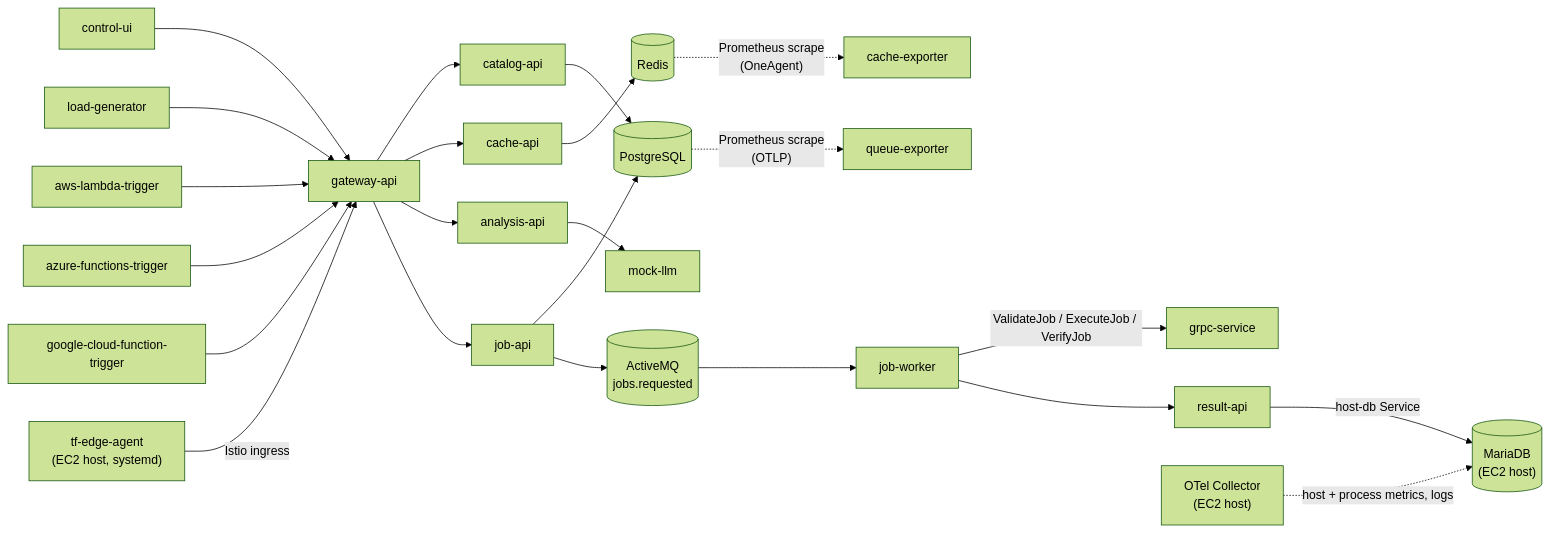
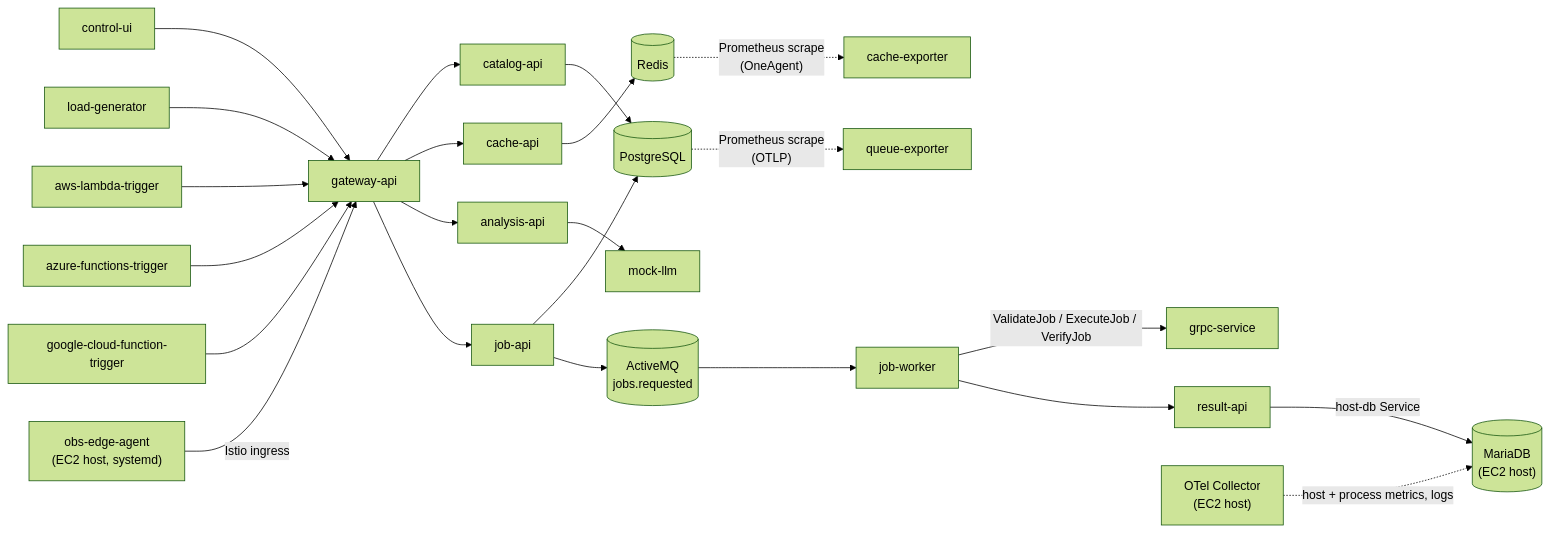
One commit to tristanmarl/obs-demo changed the diagram in docs/architecture.md. Above: the diagram before and after it, drawn with Mermaid (forest theme). The commit also changed other lines of this file and 66 other files, not shown here.

````diff
--- a/docs/architecture.md
+++ b/docs/architecture.md
@@ -5,29 +5,29 @@
 ```mermaid
 flowchart LR
   control["control-ui"] --> gateway["gateway-api"]
   load["load-generator"] --> gateway
   aws["aws-lambda-trigger"] --> gateway
   azure["azure-functions-trigger"] --> gateway
   google["google-cloud-function-trigger"] --> gateway
 
   gateway --> catalog["catalog-api"]
   catalog --> postgres[("PostgreSQL")]
   gateway --> cache["cache-api"]
   cache --> redis[("Redis")]
   gateway --> analysis["analysis-api"]
   analysis --> llm["mock-llm"]
 
   gateway --> job["job-api"]
   job --> postgres
   job --> broker[("ActiveMQ\njobs.requested")]
   broker --> worker["job-worker"]
   worker -->|"ValidateJob / ExecuteJob / VerifyJob"| grpc["grpc-service"]
   worker --> result["result-api"]
 
-  edge["tf-edge-agent\n(EC2 host, systemd)"] -->|"Istio ingress"| gateway
+  edge["obs-edge-agent\n(EC2 host, systemd)"] -->|"Istio ingress"| gateway
   result -->|"host-db Service"| hostdb[("MariaDB\n(EC2 host)")]
   hcol["OTel Collector\n(EC2 host)"] -.->|"host + process metrics, logs"| hostdb
 
   redis -.->|"Prometheus scrape\n(OneAgent)"| cexp["cache-exporter"]
   postgres -.->|"Prometheus scrape\n(OTLP)"| qexp["queue-exporter"]
 ```
````
